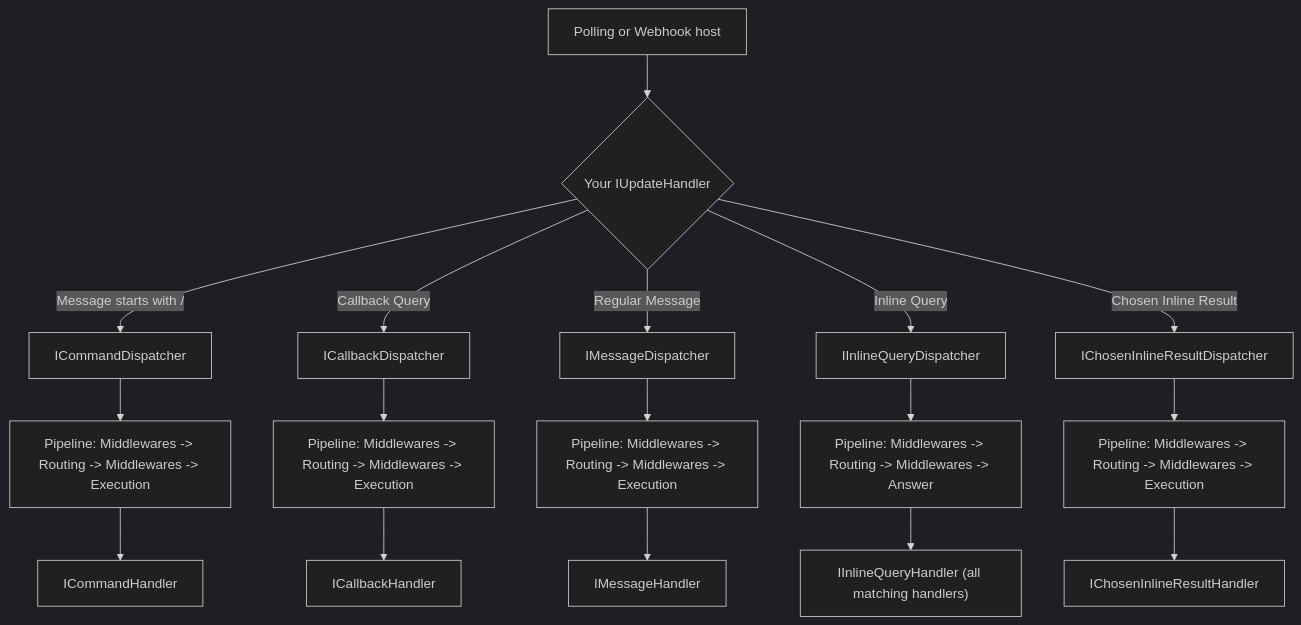
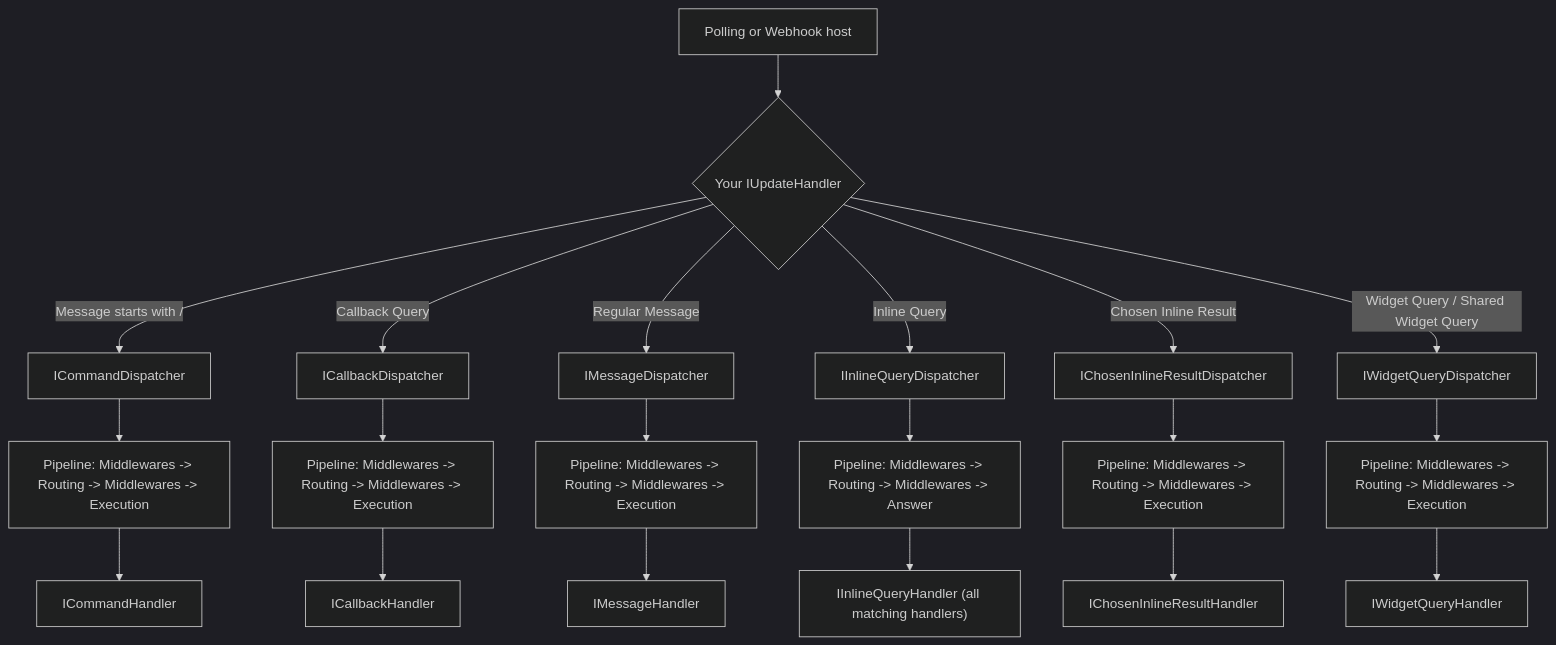
The diagram in README.md (uladzislautsimankou/telegram-botkit), drawn with Mermaid (dark theme) before and after one commit. The commit also changed other lines of this file and 43 other files, not shown here.

First line of the commit message:
feat: add widget query handlers (Bot API 10.4)

````diff
--- a/README.md
+++ b/README.md
@@ -14,29 +14,34 @@
 ```mermaid
 graph TD
     Host[Polling or Webhook host] --> Handler{"Your IUpdateHandler"}
 
-    %% Command Flow
+%% Command Flow
     Handler -- "Message starts with /" --> CmdDisp[ICommandDispatcher]
     CmdDisp --> CmdPipe[Pipeline: Middlewares -> Routing -> Middlewares -> Execution]
     CmdPipe --> CmdHandler[ICommandHandler]
 
-    %% Callback Flow
+%% Callback Flow
     Handler -- Callback Query --> CbkDisp[ICallbackDispatcher]
     CbkDisp --> CbkPipe[Pipeline: Middlewares -> Routing -> Middlewares -> Execution]
     CbkPipe --> CbkHandler[ICallbackHandler]
 
-    %% Message Flow
+%% Message Flow
     Handler -- Regular Message --> MsgDisp[IMessageDispatcher]
     MsgDisp --> MsgPipe[Pipeline: Middlewares -> Routing -> Middlewares -> Execution]
     MsgPipe --> MsgHandler[IMessageHandler]
 
-    %% Inline Query Flow
+%% Inline Query Flow
     Handler -- Inline Query --> InlDisp[IInlineQueryDispatcher]
     InlDisp --> InlPipe[Pipeline: Middlewares -> Routing -> Middlewares -> Answer]
     InlPipe --> InlHandler["IInlineQueryHandler (all matching handlers)"]
 
-    %% Chosen Inline Result Flow
+%% Chosen Inline Result Flow
     Handler -- Chosen Inline Result --> ChoDisp[IChosenInlineResultDispatcher]
     ChoDisp --> ChoPipe[Pipeline: Middlewares -> Routing -> Middlewares -> Execution]
     ChoPipe --> ChoHandler[IChosenInlineResultHandler]
+
+%% Widget Query Flow
+    Handler -- "Widget Query / Shared Widget Query" --> WidDisp[IWidgetQueryDispatcher]
+    WidDisp --> WidPipe[Pipeline: Middlewares -> Routing -> Middlewares -> Execution]
+    WidPipe --> WidHandler[IWidgetQueryHandler]
 ```
````
